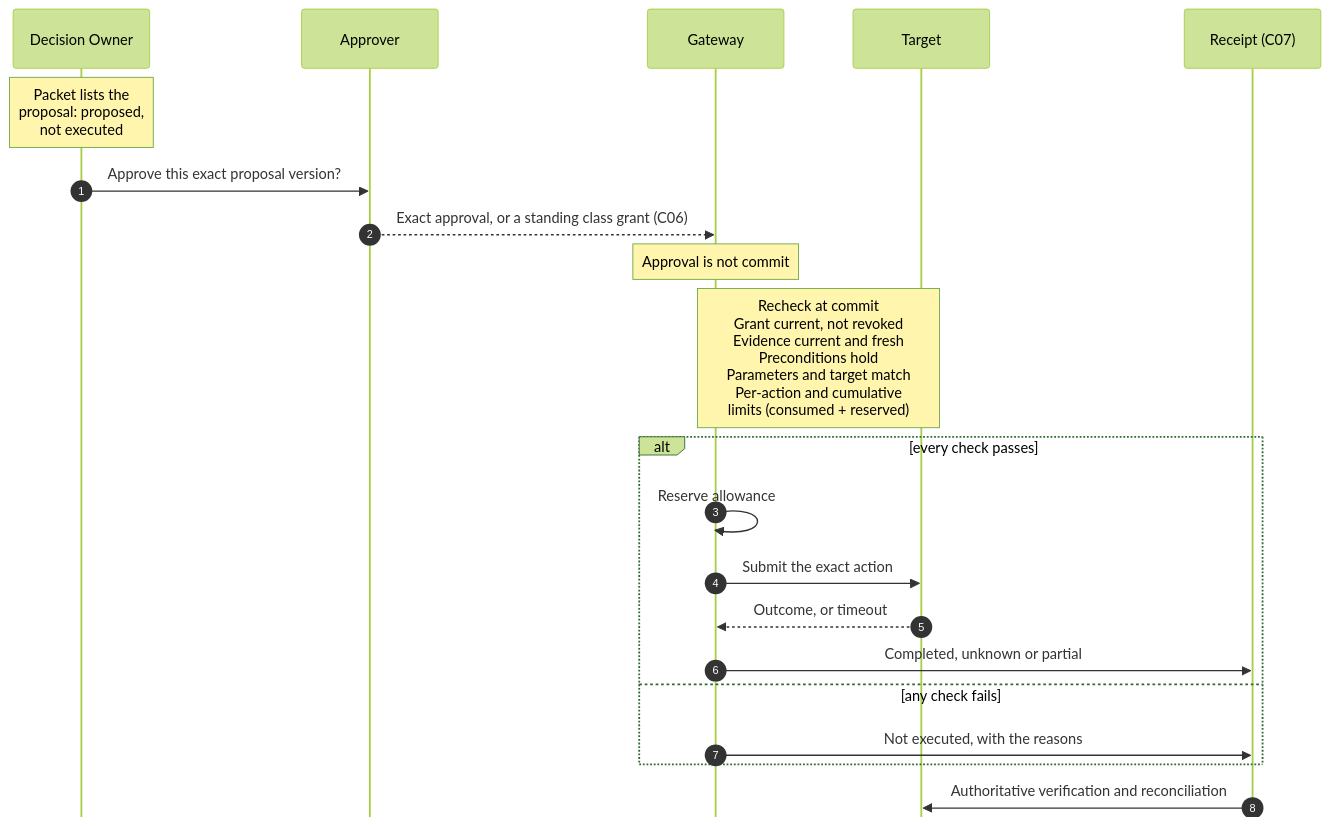
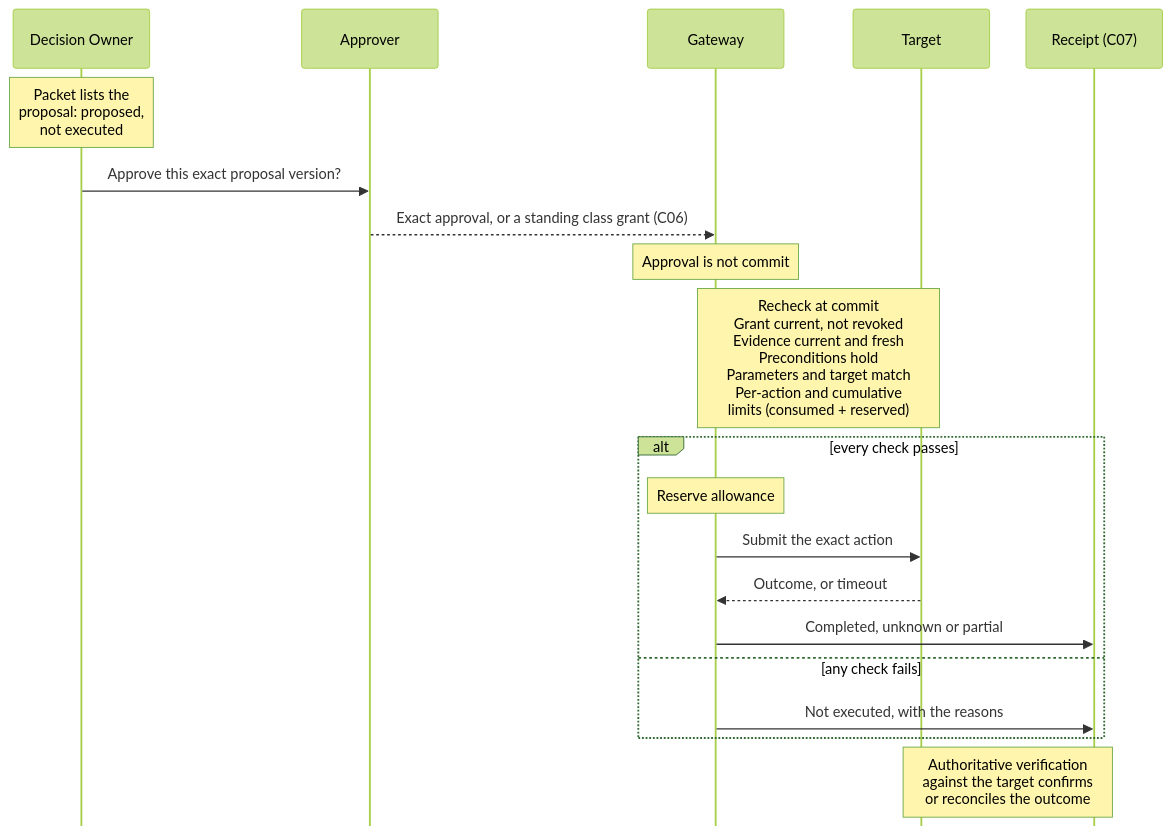
One commit to andygeorgi/evidence-at-human-scale changed the diagram in figures/src/F05.mmd. Above: the diagram before and after it, drawn with Mermaid (forest theme). The commit also changed 45 other files, not shown here.

```diff
--- a/figures/src/F05.mmd
+++ b/figures/src/F05.mmd
@@ -1,24 +1,23 @@
 %%{init: {"sequence": {"actorMargin": 40, "width": 150, "messageMargin": 30, "mirrorActors": false}}}%%
 sequenceDiagram
     accTitle: From proposal to commit: approval is not commit
-    accDescr: A packet lists an action proposal as proposed, not executed. The Decision Owner asks the approver for approval of the exact proposal version, or a standing class grant already covers it. At commit the gateway and executor recheck the grant, the evidence, the preconditions, the parameters and target, and the per-action and cumulative limits, counting consumed and reserved capacity. If every check passes it reserves allowance, submits the action to the target and records a receipt that is completed, unknown or partial. If any check fails it records a not-executed receipt with the reasons. An authoritative verifier then confirms or reconciles the outcome.
-    autonumber
+    accDescr: A packet lists an action proposal as proposed, not executed. The Decision Owner asks the approver for approval of the exact proposal version, or a standing class grant already covers it. At commit the gateway and executor recheck the grant, the evidence, the preconditions, the parameters and target, and the per-action and cumulative limits, counting consumed and reserved capacity. If every check passes it reserves allowance, submits the action to the target and records a receipt that is completed, unknown or partial. If any check fails it records a not-executed receipt with the reasons. An authoritative verification against the target then confirms or reconciles the outcome.
     participant R as Decision Owner
     participant A as Approver
     participant G as Gateway
     participant T as Target
     participant X as Receipt (C07)
     Note over R: Packet lists the<br/>proposal: proposed,<br/>not executed
     R->>A: Approve this exact proposal version?
     A-->>G: Exact approval, or a standing class grant (C06)
     Note over G: Approval is not commit
     Note over G,T: Recheck at commit<br/>Grant current, not revoked<br/>Evidence current and fresh<br/>Preconditions hold<br/>Parameters and target match<br/>Per-action and cumulative<br/>limits (consumed + reserved)
     alt every check passes
-        G->>G: Reserve allowance
+        Note over G: Reserve allowance
         G->>T: Submit the exact action
         T-->>G: Outcome, or timeout
         G->>X: Completed, unknown or partial
     else any check fails
         G->>X: Not executed, with the reasons
     end
-    X->>T: Authoritative verification and reconciliation
+    Note over X,T: Authoritative verification<br/>against the target confirms<br/>or reconciles the outcome
```
